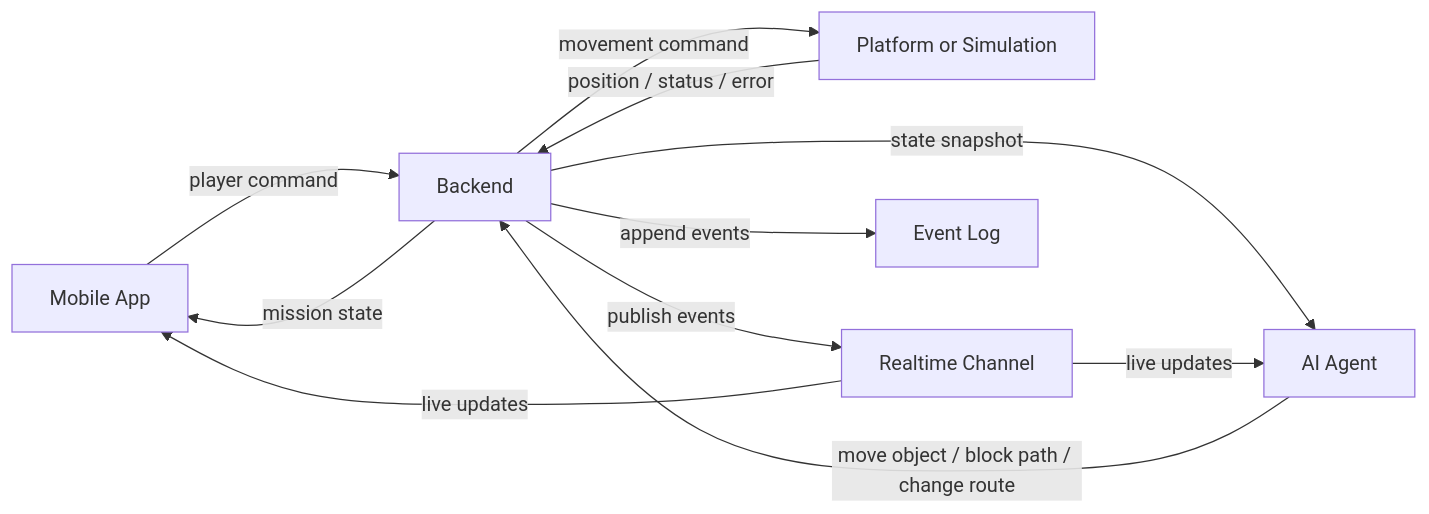
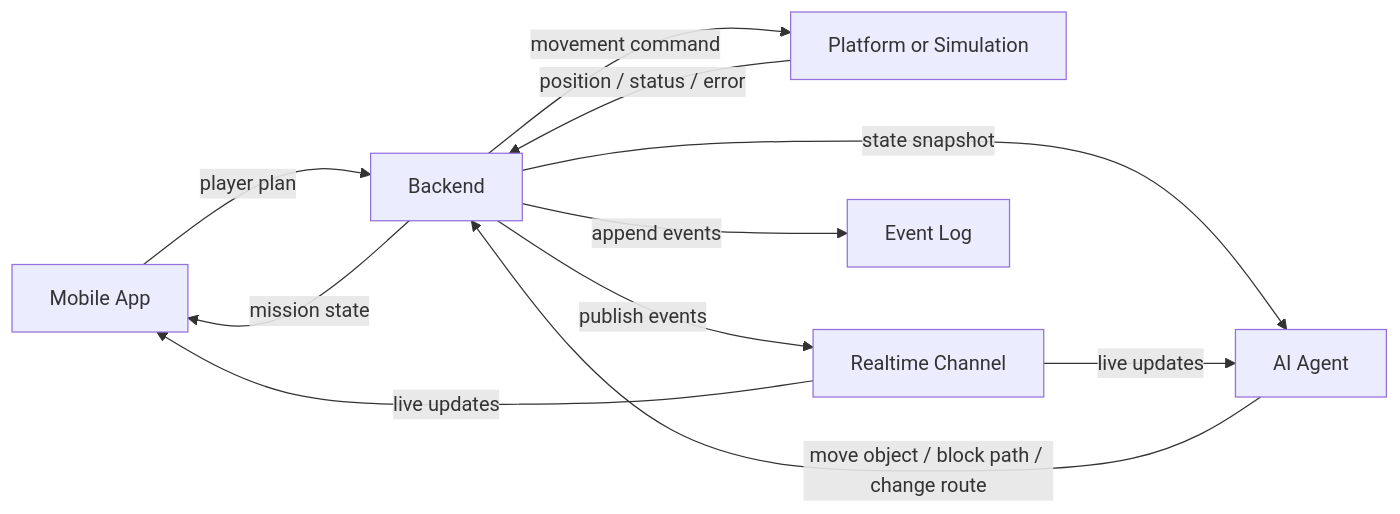
The diagram in docs/ARCHITECTURE.md (Ulyan2k09/pictschool-2026), drawn with Mermaid before and after one commit. The commit also changed other lines of this file and 8 other files, not shown here.

````diff
--- a/docs/ARCHITECTURE.md
+++ b/docs/ARCHITECTURE.md
@@ -19,20 +20,20 @@
 ```mermaid
 flowchart LR
     Mobile["Mobile App"]
     Backend["Backend"]
     AI["AI Agent"]
     Platform["Platform or Simulation"]
     Live["Realtime Channel"]
     Log["Event Log"]
 
-    Mobile -->|player command| Backend
+    Mobile -->|player plan| Backend
     Backend -->|mission state| Mobile
     Backend -->|state snapshot| AI
     AI -->|move object / block path / change route| Backend
     Backend -->|movement command| Platform
     Platform -->|position / status / error| Backend
     Backend -->|publish events| Live
     Live -->|live updates| Mobile
     Live -->|live updates| AI
     Backend -->|append events| Log
 ```
````
